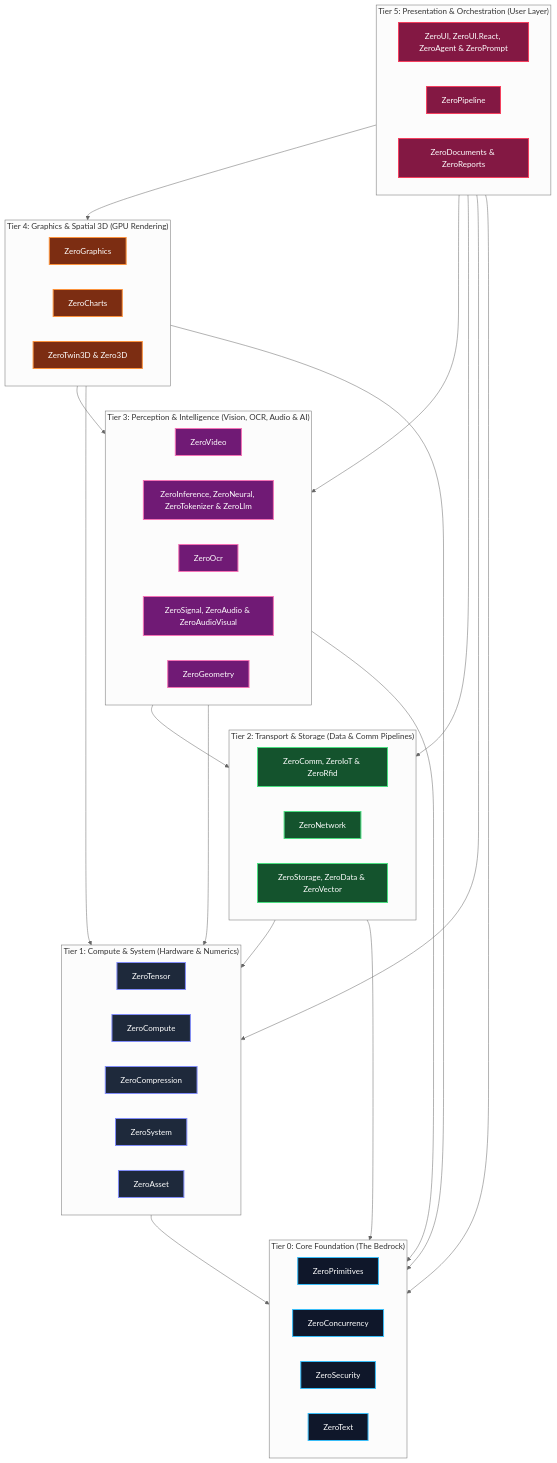
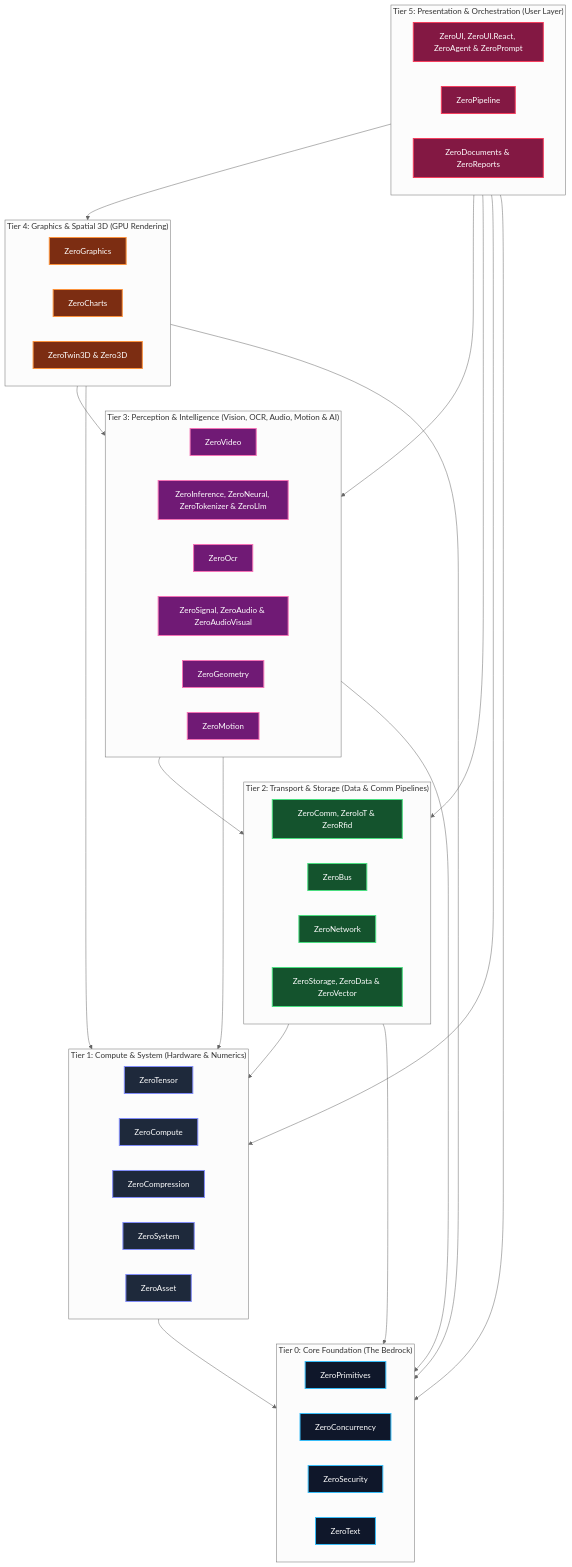
The first of 2 diagrams in README.md (kzxl/ZeroPlatform), drawn with Mermaid (neutral theme) before and after one commit. The commit also changed other lines of this file and 6 other files, not shown here.

Commit message:
feat(ecosystem): expand Horizon 1 with ZeroBus (Tier 2) and ZeroMotion (Tier 3)

````diff
--- a/README.md
+++ b/README.md
@@ -17,56 +17,58 @@
 ```mermaid
 graph TD
     classDef l0 fill:#0f172a,stroke:#38bdf8,stroke-width:2px,color:#fff;
     classDef l1 fill:#1e293b,stroke:#818cf8,stroke-width:2px,color:#fff;
     classDef l2 fill:#14532d,stroke:#4ade80,stroke-width:2px,color:#fff;
     classDef l3 fill:#701a75,stroke:#f472b6,stroke-width:2px,color:#fff;
     classDef l4 fill:#7c2d12,stroke:#fb923c,stroke-width:2px,color:#fff;
     classDef l5 fill:#831843,stroke:#f43f5e,stroke-width:2px,color:#fff;
 
     subgraph L5 ["Tier 5: Presentation & Orchestration (User Layer)"]
         UI["ZeroUI, ZeroUI.React, ZeroAgent & ZeroPrompt"]:::l5
         Pipe["ZeroPipeline"]:::l5
         Docs["ZeroDocuments & ZeroReports"]:::l5
     end
 
     subgraph L4 ["Tier 4: Graphics & Spatial 3D (GPU Rendering)"]
         Gfx["ZeroGraphics"]:::l4
         Charts["ZeroCharts"]:::l4
         Twin["ZeroTwin3D & Zero3D"]:::l4
     end
 
-    subgraph L3 ["Tier 3: Perception & Intelligence (Vision, OCR, Audio & AI)"]
+    subgraph L3 ["Tier 3: Perception & Intelligence (Vision, OCR, Audio, Motion & AI)"]
         Video["ZeroVideo"]:::l3
         Infer["ZeroInference, ZeroNeural, ZeroTokenizer & ZeroLlm"]:::l3
         Ocr["ZeroOcr"]:::l3
         Sig["ZeroSignal, ZeroAudio & ZeroAudioVisual"]:::l3
         Geom["ZeroGeometry"]:::l3
+        Motion["ZeroMotion"]:::l3
     end
 
     subgraph L2 ["Tier 2: Transport & Storage (Data & Comm Pipelines)"]
         Comm["ZeroComm, ZeroIoT & ZeroRfid"]:::l2
+        Bus["ZeroBus"]:::l2
         Net["ZeroNetwork"]:::l2
         Store["ZeroStorage, ZeroData & ZeroVector"]:::l2
     end
 
     subgraph L1 ["Tier 1: Compute & System (Hardware & Numerics)"]
         Tensor["ZeroTensor"]:::l1
         Comp["ZeroCompute"]:::l1
         Compres["ZeroCompression"]:::l1
         Sys["ZeroSystem"]:::l1
         Asset["ZeroAsset"]:::l1
     end
 
     subgraph L0 ["Tier 0: Core Foundation (The Bedrock)"]
         Prim["ZeroPrimitives"]:::l0
         Conc["ZeroConcurrency"]:::l0
         Sec["ZeroSecurity"]:::l0
         Txt["ZeroText"]:::l0
     end
 
     L5 --> L4 & L3 & L2 & L1 & L0
     L4 --> L3 & L1 & L0
     L3 --> L2 & L1 & L0
     L2 --> L1 & L0
     L1 --> L0
 ```
````
